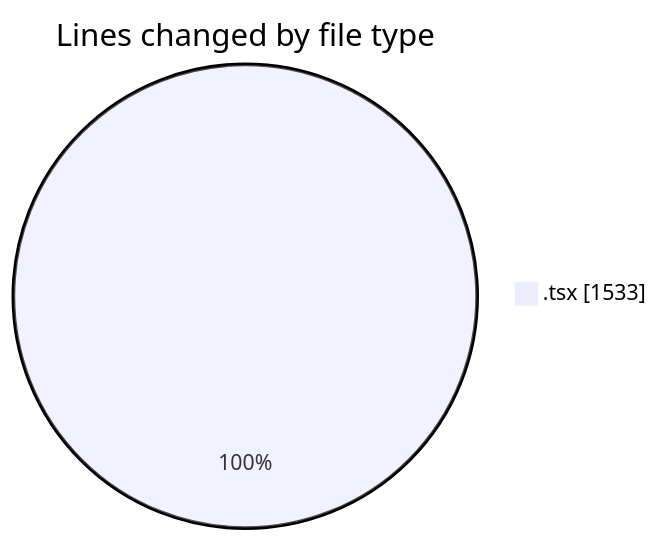
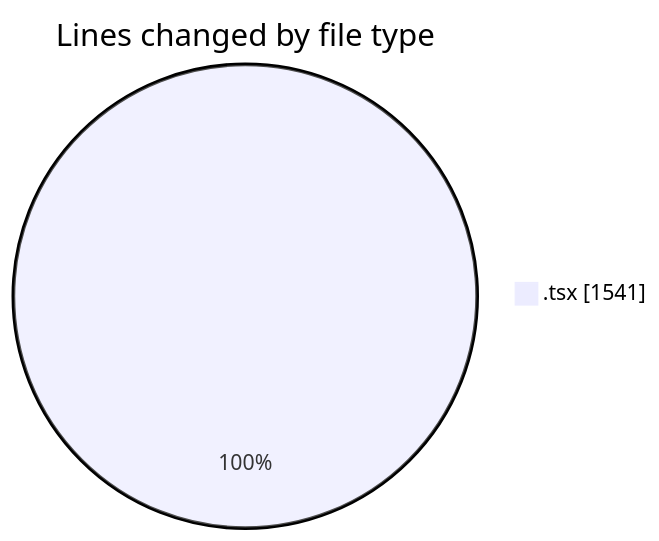
Before and after one commit to JenPaints/code-tracking: the first of 2 diagrams in 2025-05-29/kimberly-groups/README.md, drawn with Mermaid. The commit also changed other lines of this file and 1 other file, not shown here.

````diff
--- a/2025-05-29/kimberly-groups/README.md
+++ b/2025-05-29/kimberly-groups/README.md
@@ -24,5 +24,5 @@
 ```mermaid
 pie showData
 title Lines changed by file type
-".tsx" : 1533
+".tsx" : 1541
 ```
````
